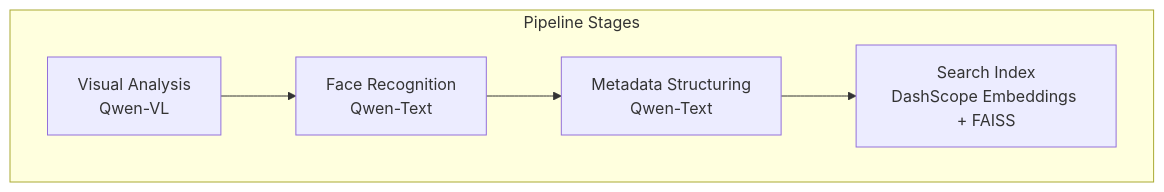
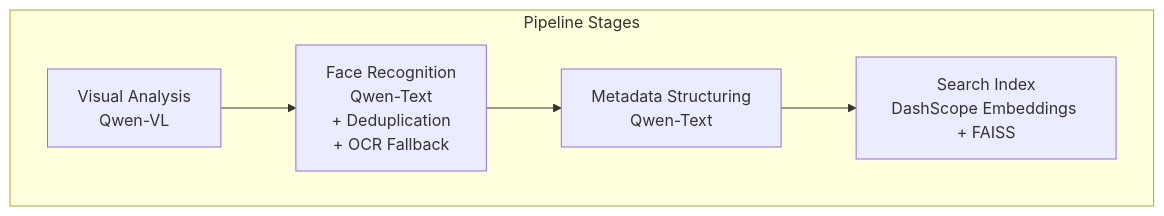
The first of 5 diagrams in .qoder/repowiki/en/content/Media Processing Pipeline/Face Recognition Stage.md (alexandreybasta-cyber/dubai-media-ai), drawn with Mermaid before and after one commit. The commit also changed other lines of this file and 54 other files, not shown here.

````diff
--- a/.qoder/repowiki/en/content/Media Processing Pipeline/Face Recognition Stage.md
+++ b/.qoder/repowiki/en/content/Media Processing Pipeline/Face Recognition Stage.md
@@ -33,12 +42,12 @@
 ```mermaid
 graph TB
 subgraph "Pipeline Stages"
 VA["Visual Analysis<br/>Qwen-VL"]
-FR["Face Recognition<br/>Qwen-Text"]
+FR["Face Recognition<br/>Qwen-Text<br/>+ Deduplication<br/>+ OCR Fallback"]
 MS["Metadata Structuring<br/>Qwen-Text"]
 SI["Search Index<br/>DashScope Embeddings + FAISS"]
 end
 VA --> FR
 FR --> MS
 MS --> SI
 ```
````
